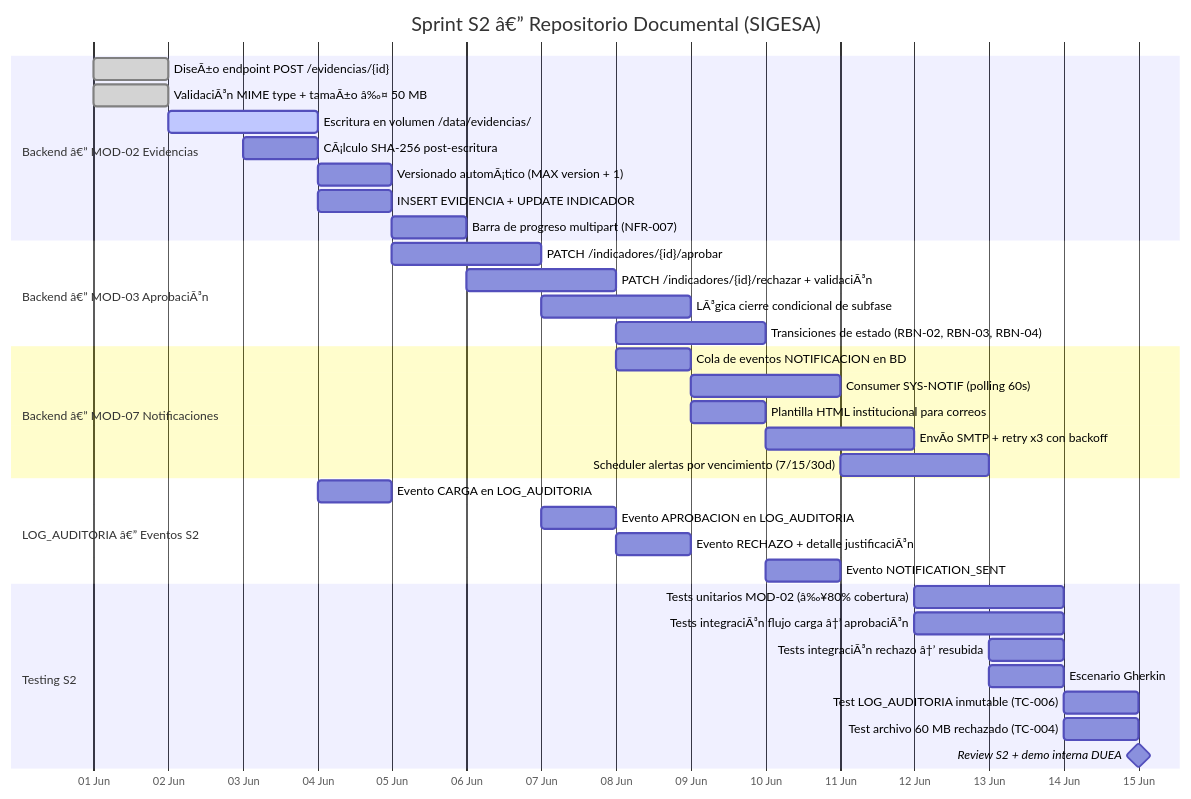
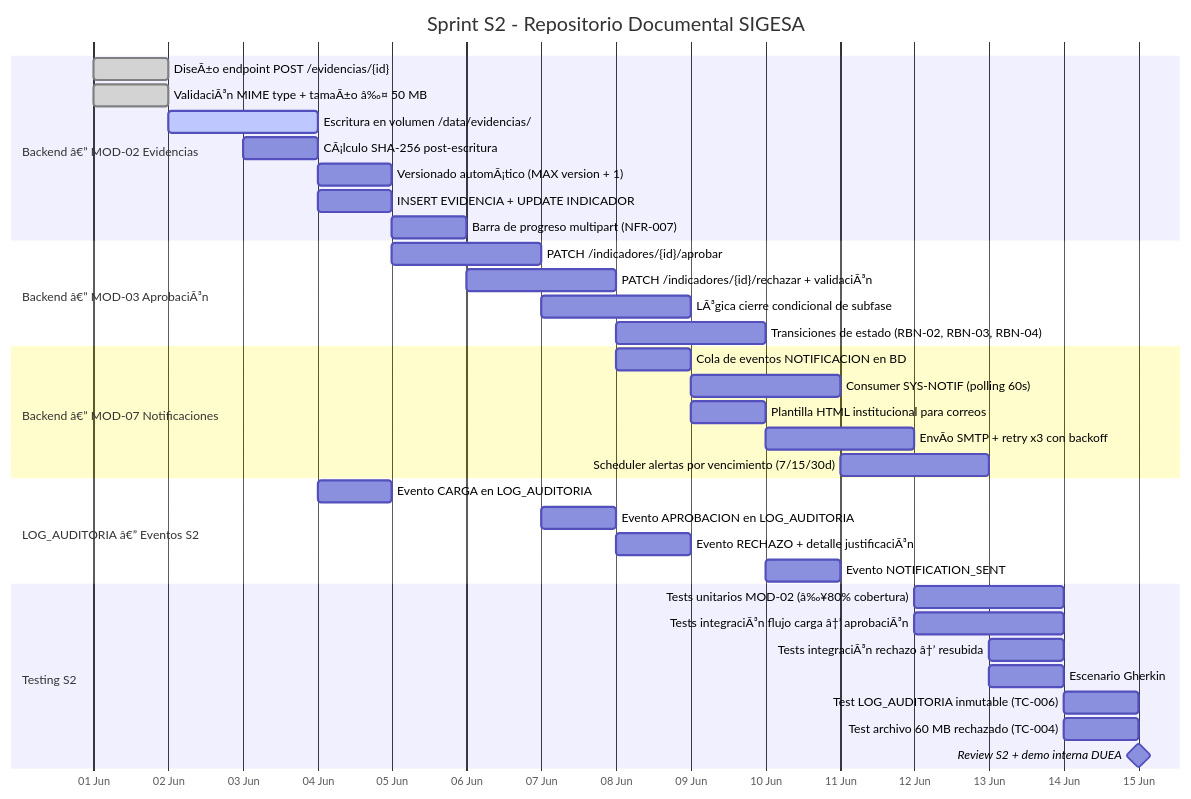
The diagram in docs/07_diagramas/gantt-008-sprint-equipo.mmd (AcredIA-UMSS/sigesa-docs), drawn with Mermaid before and after one commit. The commit also changed 23 other files, not shown here.

Commit message:
update diagramas v2

```diff
--- a/docs/07_diagramas/gantt-008-sprint-equipo.mmd
+++ b/docs/07_diagramas/gantt-008-sprint-equipo.mmd
@@ -1,41 +1,41 @@
 gantt
-    title Sprint S2 â€” Repositorio Documental (SIGESA)
+    title Sprint S2 - Repositorio Documental SIGESA
     dateFormat  YYYY-MM-DD
     axisFormat  %d %b
 
     section Backend â€” MOD-02 Evidencias
     DiseÃ±o endpoint POST /evidencias/{id}           :done,    be01, 2026-06-01, 1d
     ValidaciÃ³n MIME type + tamaÃ±o â‰¤ 50 MB          :done,    be02, 2026-06-01, 1d
     Escritura en volumen /data/evidencias/          :active,  be03, 2026-06-02, 2d
     CÃ¡lculo SHA-256 post-escritura                  :         be04, 2026-06-03, 1d
     Versionado automÃ¡tico (MAX version + 1)         :         be05, 2026-06-04, 1d
     INSERT EVIDENCIA + UPDATE INDICADOR             :         be06, 2026-06-04, 1d
     Barra de progreso multipart (NFR-007)           :         be07, 2026-06-05, 1d
 
     section Backend â€” MOD-03 AprobaciÃ³n
     PATCH /indicadores/{id}/aprobar                 :         be08, 2026-06-05, 2d
     PATCH /indicadores/{id}/rechazar + validaciÃ³n   :         be09, 2026-06-06, 2d
     LÃ³gica cierre condicional de subfase            :         be10, 2026-06-07, 2d
     Transiciones de estado (RBN-02, RBN-03, RBN-04) :        be11, 2026-06-08, 2d
 
     section Backend â€” MOD-07 Notificaciones
     Cola de eventos NOTIFICACION en BD              :         nt01, 2026-06-08, 1d
     Consumer SYS-NOTIF (polling 60s)                :         nt02, 2026-06-09, 2d
     Plantilla HTML institucional para correos       :         nt03, 2026-06-09, 1d
     EnvÃ­o SMTP + retry x3 con backoff               :         nt04, 2026-06-10, 2d
     Scheduler alertas por vencimiento (7/15/30d)    :         nt05, 2026-06-11, 2d
 
     section LOG_AUDITORIA â€” Eventos S2
     Evento CARGA en LOG_AUDITORIA                   :         la01, 2026-06-04, 1d
     Evento APROBACION en LOG_AUDITORIA              :         la02, 2026-06-07, 1d
     Evento RECHAZO + detalle justificaciÃ³n          :         la03, 2026-06-08, 1d
     Evento NOTIFICATION_SENT                        :         la04, 2026-06-10, 1d
 
     section Testing S2
     Tests unitarios MOD-02 (â‰¥80% cobertura)        :         tu02, 2026-06-12, 2d
     Tests integraciÃ³n flujo carga â†’ aprobaciÃ³n      :         ti01, 2026-06-12, 2d
     Tests integraciÃ³n rechazo â†’ resubida            :         ti02, 2026-06-13, 1d
     Escenario Gherkin: rechazo sin justificaciÃ³n    :         gh01, 2026-06-13, 1d
     Test LOG_AUDITORIA inmutable (TC-006)           :         tc06, 2026-06-14, 1d
     Test archivo 60 MB rechazado (TC-004)           :         tc04, 2026-06-14, 1d
     Review S2 + demo interna DUEA                   :milestone, rev2, 2026-06-15, 0d
```
